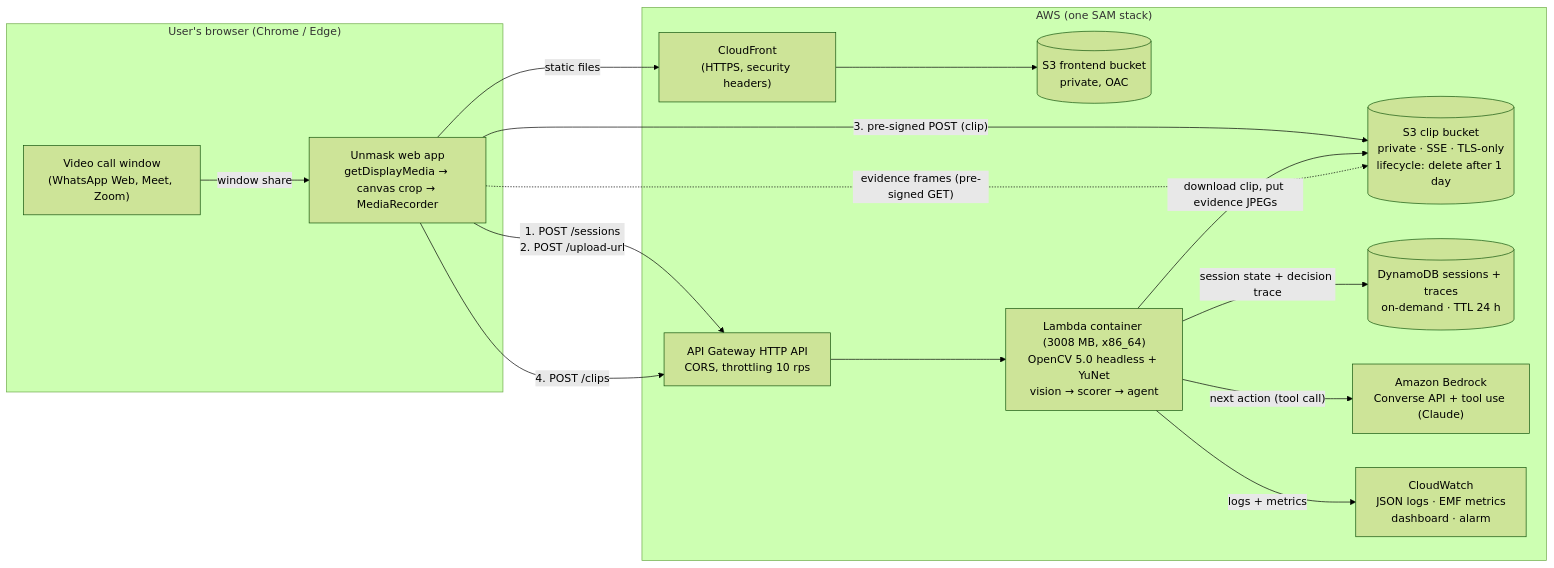
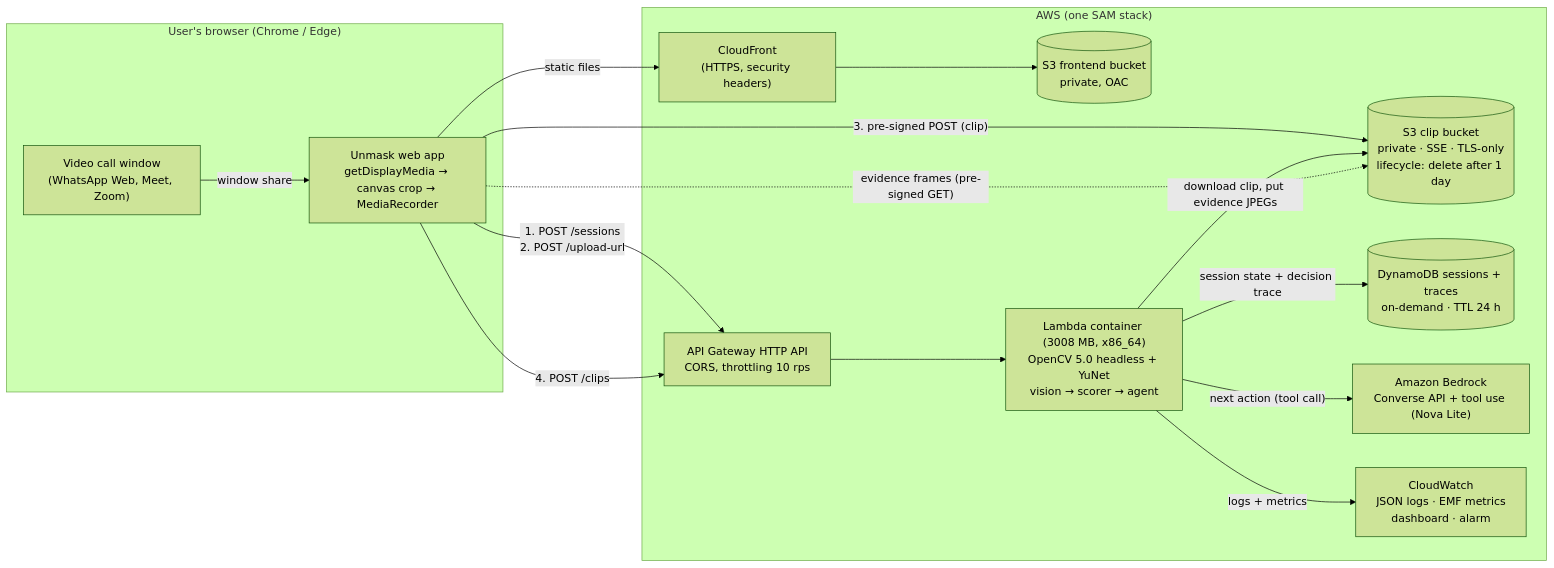
One commit to breakthrough-child/unmask changed the diagram in docs/architecture.md. Above: the diagram before and after it, drawn with Mermaid (forest theme). The commit also changed other lines of this file and 17 other files, not shown here.

First line of the commit message:
Agent on Amazon Bedrock Nova Lite (eu-north-1), Nova-shaped Converse requests, mocked Nova tests

````diff
--- a/docs/architecture.md
+++ b/docs/architecture.md
@@ -5,29 +5,29 @@
 ```mermaid
 flowchart LR
   subgraph Browser["User's browser (Chrome / Edge)"]
     Call["Video call window<br/>(WhatsApp Web, Meet, Zoom)"]
     UI["Unmask web app<br/>getDisplayMedia → canvas crop → MediaRecorder"]
     Call -- "window share" --> UI
   end
 
   subgraph AWS["AWS (one SAM stack)"]
     CF["CloudFront<br/>(HTTPS, security headers)"]
     FE[("S3 frontend bucket<br/>private, OAC")]
     APIGW["API Gateway HTTP API<br/>CORS, throttling 10 rps"]
     L["Lambda container (3008 MB, x86_64)<br/>OpenCV 5.0 headless + YuNet<br/>vision → scorer → agent"]
     S3[("S3 clip bucket<br/>private · SSE · TLS-only<br/>lifecycle: delete after 1 day")]
     DDB[("DynamoDB sessions + traces<br/>on-demand · TTL 24 h")]
-    BR["Amazon Bedrock<br/>Converse API + tool use (Claude)"]
+    BR["Amazon Bedrock<br/>Converse API + tool use (Nova Lite)"]
     CW["CloudWatch<br/>JSON logs · EMF metrics<br/>dashboard · alarm"]
   end
 
   UI -- "static files" --> CF --> FE
   UI -- "1. POST /sessions<br/>2. POST /upload-url" --> APIGW
   UI -- "3. pre-signed POST (clip)" --> S3
   UI -- "4. POST /clips" --> APIGW --> L
   L -- "download clip, put evidence JPEGs" --> S3
   L -- "session state + decision trace" --> DDB
   L -- "next action (tool call)" --> BR
   L -- "logs + metrics" --> CW
   UI -. "evidence frames (pre-signed GET)" .-> S3
 ```
````
